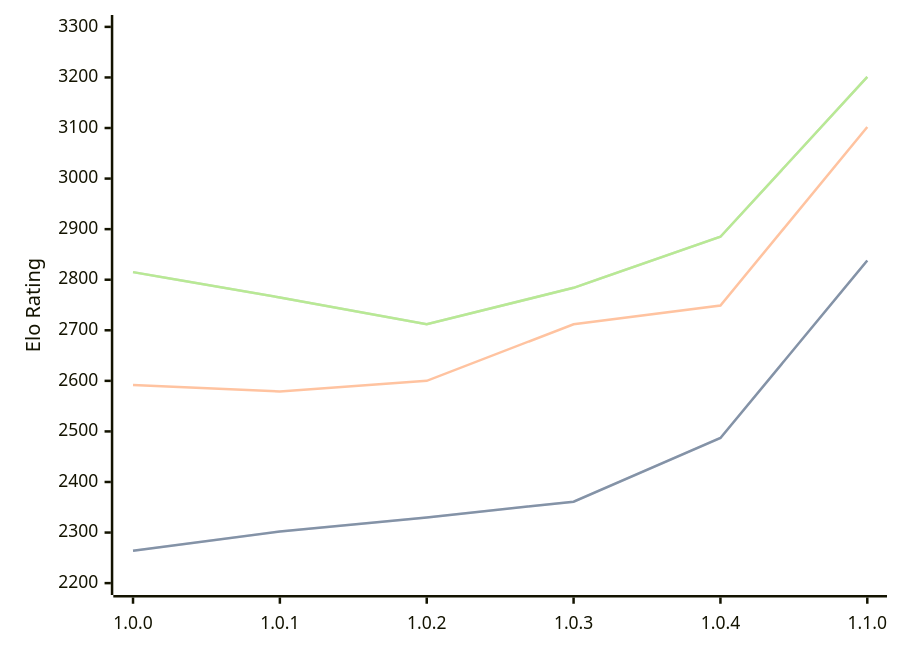
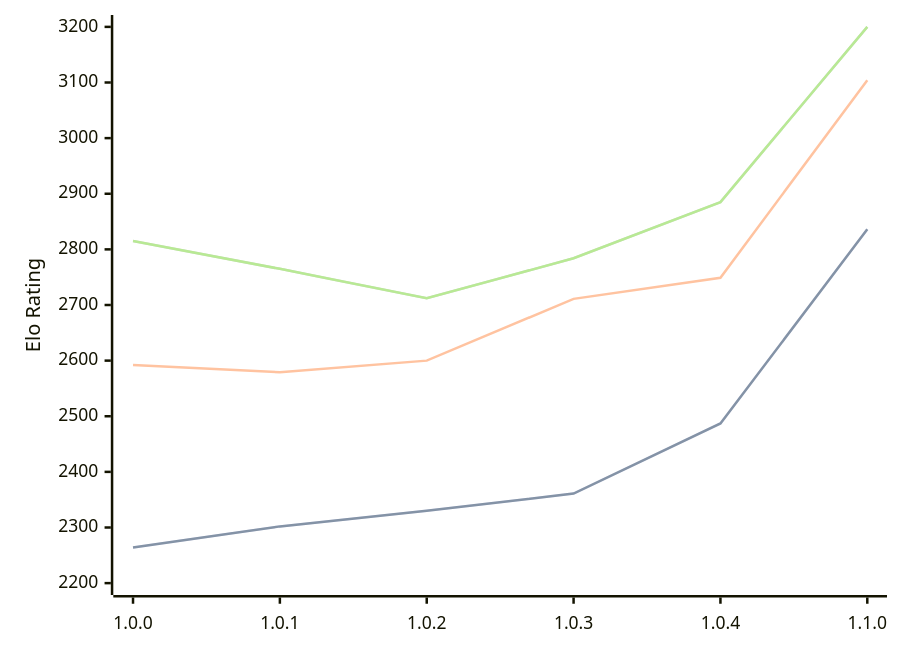
One commit to computer-chess-index/cci changed the diagram in engines/Grail.md. Above: the diagram before and after it, drawn with Mermaid. The commit also changed other lines of this file, not shown here.

Commit message:
Update CCI Ratings (ELO VLTC) - 2026-03-19

````diff
--- a/engines/Grail.md
+++ b/engines/Grail.md
@@ -34,11 +36,11 @@
 ```mermaid
 %%{init: {"theme":"base","themeVariables":{"seriesColors:['#a3a3a3','#222221','#faa371']}}}%%
 xychart-beta
   x-axis ["1.0.0", "1.0.1", "1.0.2", "1.0.3", "1.0.4", "1.1.0"]
-  y-axis "Elo Rating" 2200 --> 3300
-  line "STC (8.0+0.08s)" [2264, 2302, 2330, 2361, 2487, 2838]
-  line "STC (8.0+0.08s)" [2264, 2302, 2330, 2361, 2487, 2838]
-  line "LTC (60.0+0.60s)" [2592, 2579, 2600, 2712, 2749, 3102]
-  line "VLTC (2m24s+1.12s)" [2815, 2765, 2712, 2784, 2885, 3201]
-  line "VLTC (2m24s+1.12s)" [2815, 2765, 2712, 2784, 2885, 3201]
+  y-axis "Elo Rating" 2200 --> 3200
+  line "STC (8.0+0.08s)" [2264, 2302, 2330, 2361, 2487, 2836]
+  line "STC (8.0+0.08s)" [2264, 2302, 2330, 2361, 2487, 2836]
+  line "LTC (60.0+0.60s)" [2592, 2579, 2600, 2711, 2749, 3104]
+  line "VLTC (2m24s+1.12s)" [2815, 2765, 2712, 2784, 2885, 3200]
+  line "VLTC (2m24s+1.12s)" [2815, 2765, 2712, 2784, 2885, 3200]
 ```
````
